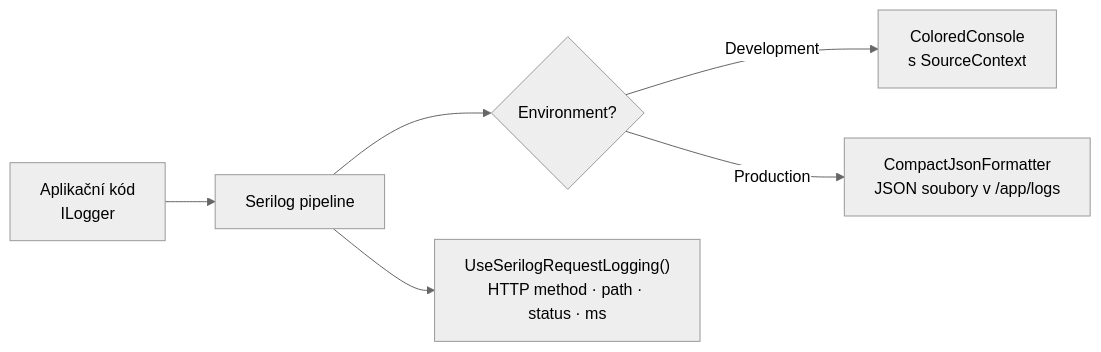
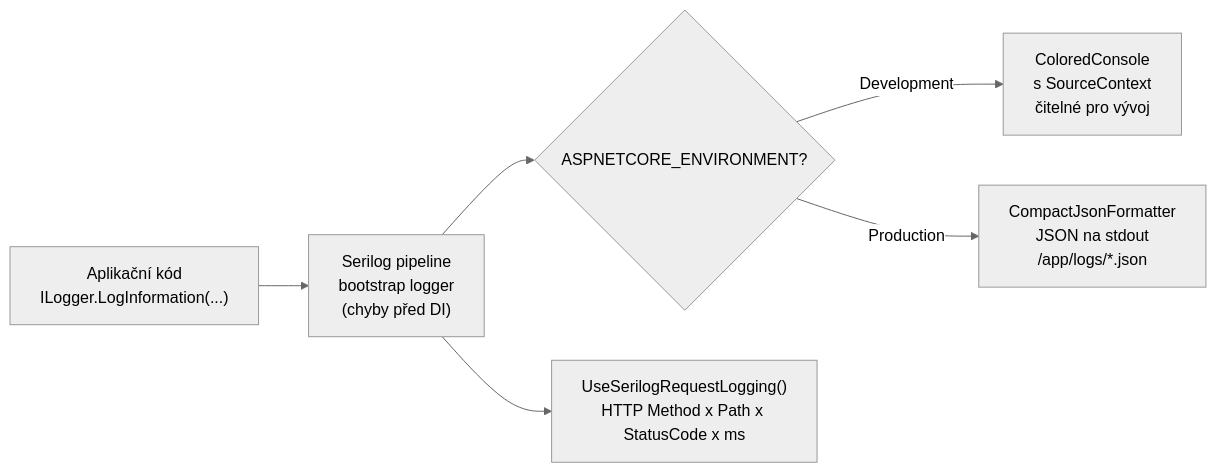
One commit to cybersmurf/RealEstateAggregator changed diagram 19 of 19 in docs/ARCHITECTURE.md. Above: the diagram before and after it, drawn with Mermaid (neutral theme). The commit also changed other lines of this file, not shown here.

Commit message:
docs: ARCHITECTURE.md – kompletní přepis Session 19, 16 sekcí, Mermaid diagramy

````diff
--- a/docs/ARCHITECTURE.md
+++ b/docs/ARCHITECTURE.md
@@ -1033,8 +1360,10 @@
 ```mermaid
 flowchart LR
-    APP["Aplikační kód\nILogger<T>"] --> SERILOG["Serilog pipeline"]
-    SERILOG --> ENV{"Environment?"}
-    ENV -->|Development| CONSOLE["ColoredConsole\ns SourceContext"]
-    ENV -->|Production| JSON["CompactJsonFormatter\nJSON soubory v /app/logs"]
-    SERILOG --> HTTP_LOG["UseSerilogRequestLogging()\nHTTP method · path · status · ms"]
+    CODE["Aplikační kód\nILogger<T>.LogInformation(...)"] --> S["Serilog pipeline\nbootstrap logger\n(chyby před DI)"]
+
+    S --> ENV{"ASPNETCORE_ENVIRONMENT?"}
+    ENV -->|Development| CON["ColoredConsole\ns SourceContext\nčitelné pro vývoj"]
+    ENV -->|Production| JSON["CompactJsonFormatter\nJSON na stdout\n/app/logs/*.json"]
+
+    S --> HTTP["UseSerilogRequestLogging()\nHTTP Method x Path x StatusCode x ms"]
 ```
````
